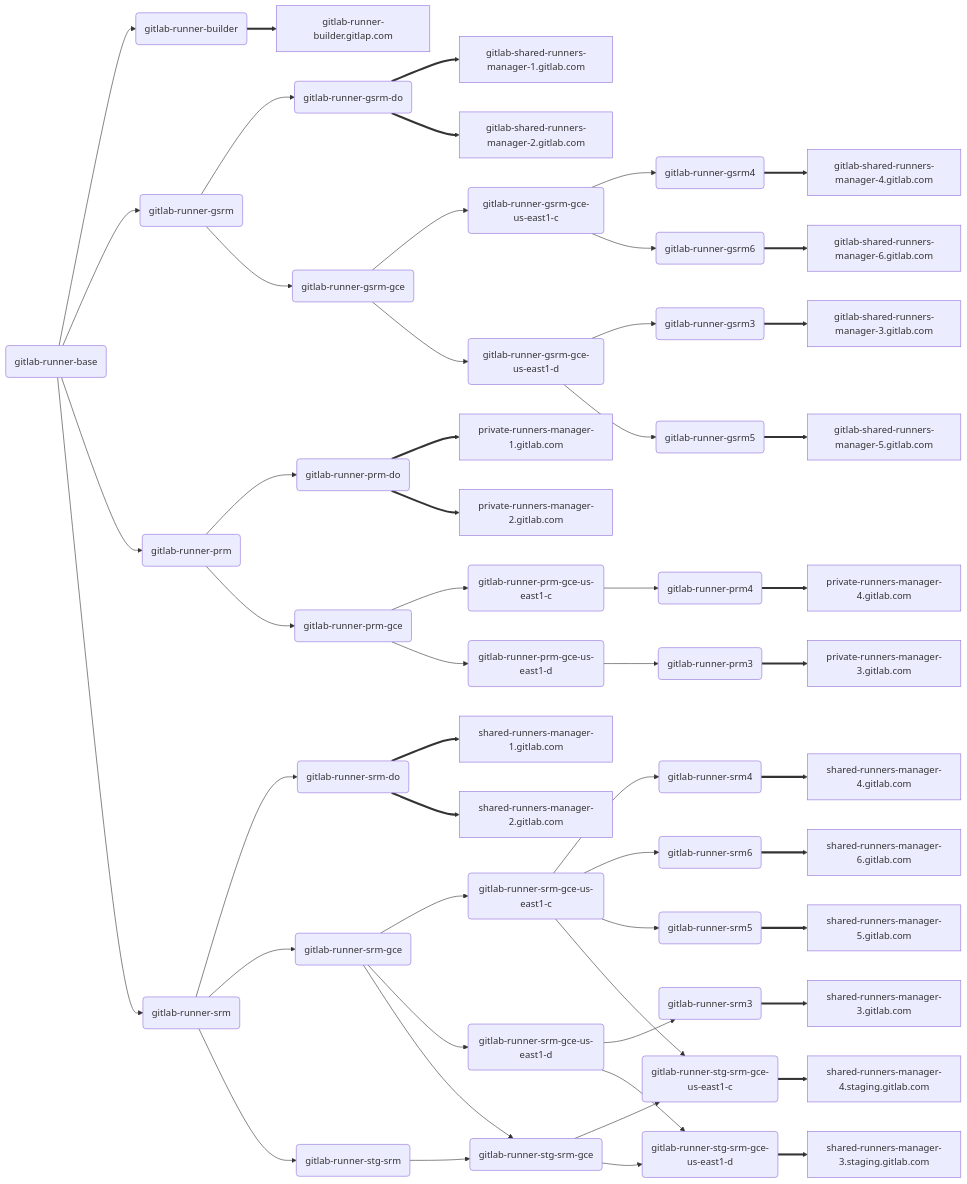
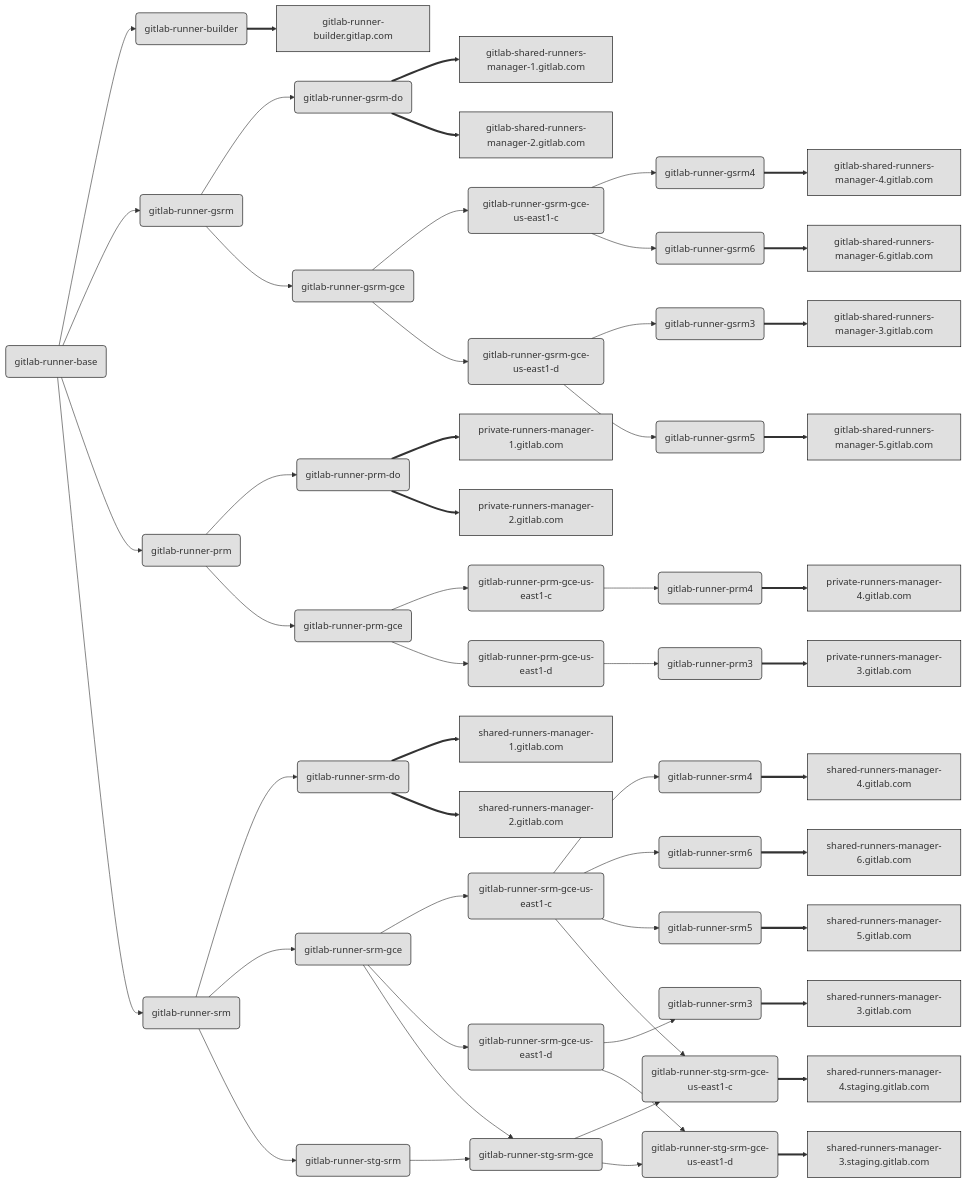
The diagram in howto/update-gitlab-runner-on-managers.md (mattrussi/gitlab-com-runbooks), drawn with Mermaid before and after one commit.

Commit message:
Update color for diagram

````diff
--- a/howto/update-gitlab-runner-on-managers.md
+++ b/howto/update-gitlab-runner-on-managers.md
@@ -7,5 +7,6 @@
 ```mermaid
 graph LR
+    classDef default fill:#e0e0e0,stroke:#000
     r::base(gitlab-runner-base)
     r::builder(gitlab-runner-builder)
 
````
